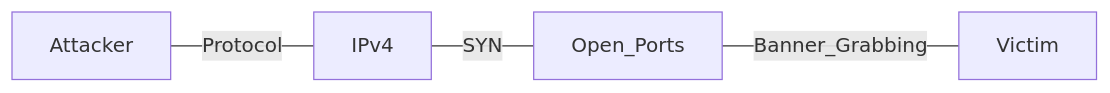
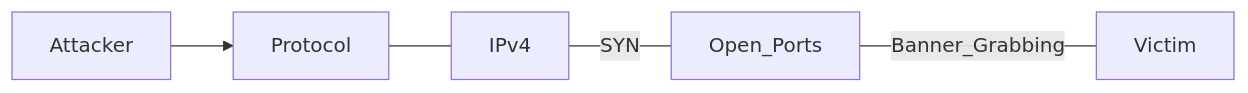
The second of 2 diagrams in _network/port-knocking.md (VulNyx/book), drawn with Mermaid before and after one commit.

````diff
--- a/_network/port-knocking.md
+++ b/_network/port-knocking.md
@@ -18,6 +18,6 @@
 ```mermaid
 graph LR;
-    Attacker-- Protocol ---IPv4;
+    Attacker--> Protocol ---IPv4;
     IPv4-- SYN ---Open_Ports;
     Open_Ports-- Banner_Grabbing ---Victim;
 ```
````
